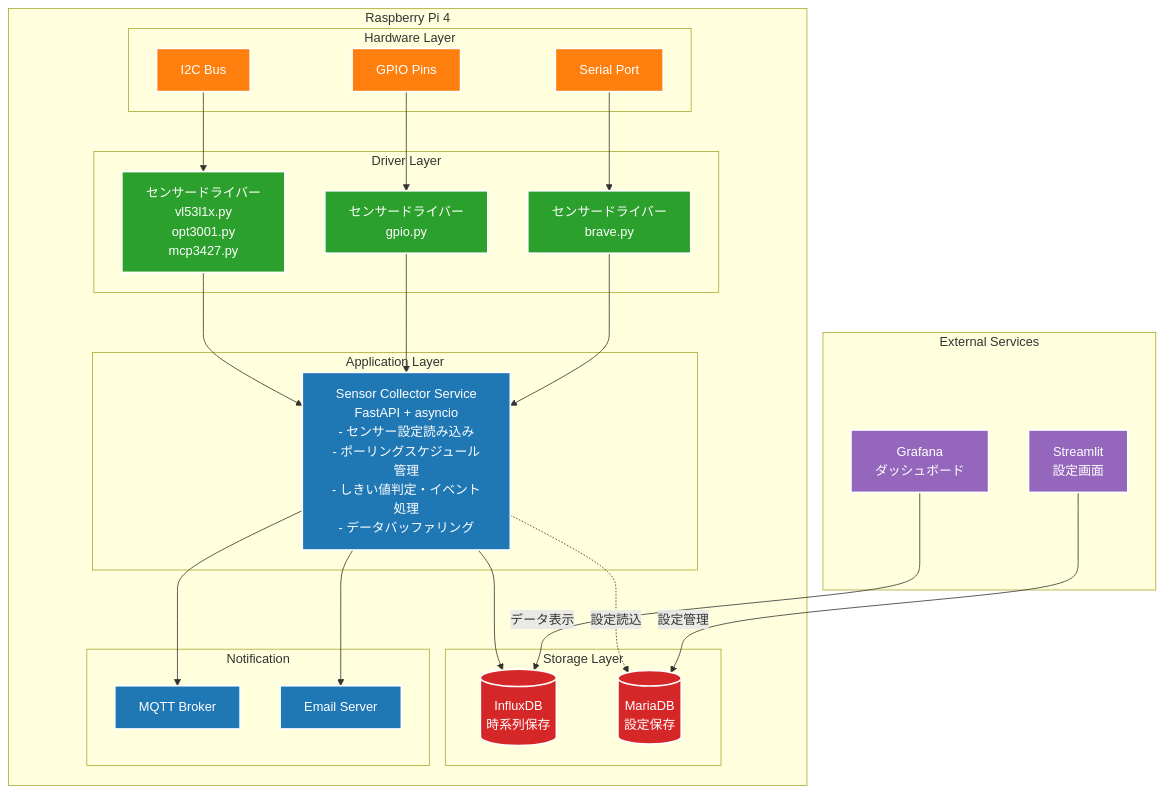
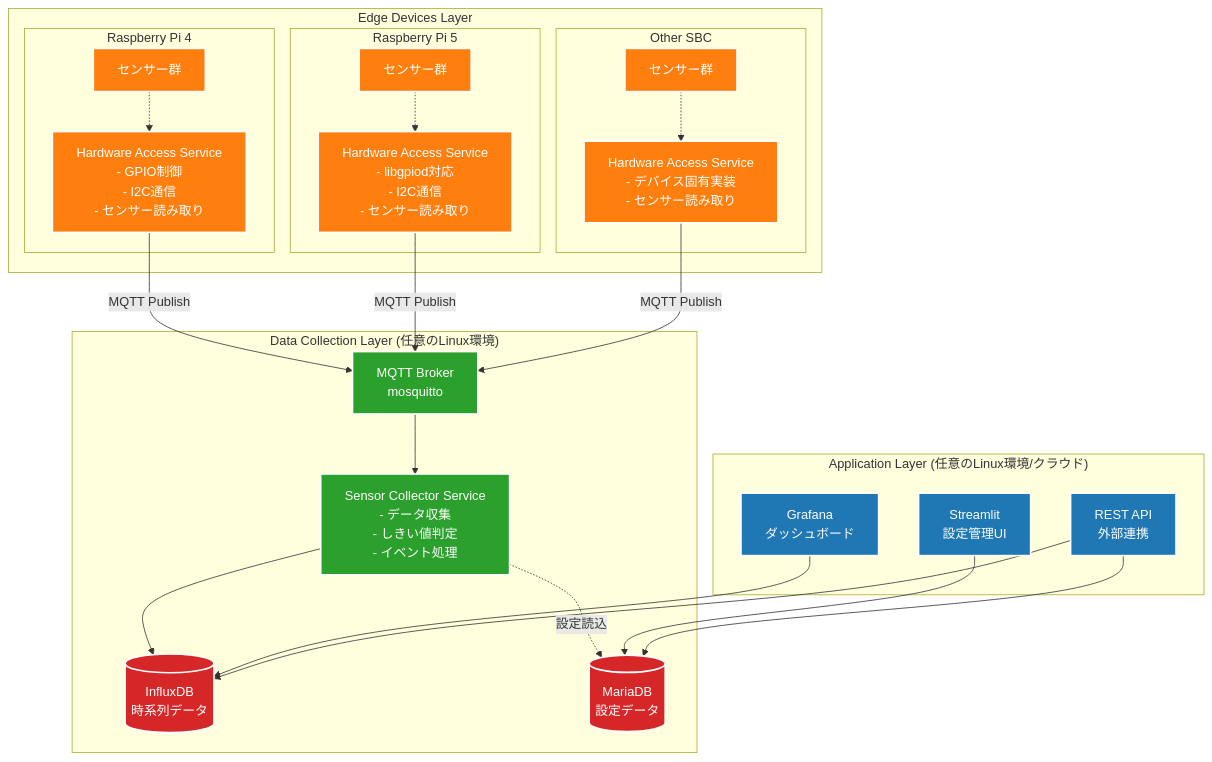
Before and after one commit to w-pinkietech/iot4-copy: the first of 4 diagrams in docs/architecture/sensor-collection-architecture.md, drawn with Mermaid. The commit also changed other lines of this file, not shown here.

First line of the commit message:
docs: Transform to distributed IoT architecture design

````diff
--- a/docs/architecture/sensor-collection-architecture.md
+++ b/docs/architecture/sensor-collection-architecture.md
@@ -23,68 +27,64 @@
 ```mermaid
 graph TB
-    subgraph "Raspberry Pi 4"
-        subgraph "Hardware Layer"
-            I2C[I2C Bus]
-            GPIO[GPIO Pins]
-            Serial[Serial Port]
+    subgraph "Edge Devices Layer"
+        subgraph "Raspberry Pi 4"
+            RPi4HAL[Hardware Access Service<br/>- GPIO制御<br/>- I2C通信<br/>- センサー読み取り]
+            RPi4Sensors[センサー群]
         end
         
-        subgraph "Driver Layer"
-            I2CDriver[センサードライバー<br/>vl53l1x.py<br/>opt3001.py<br/>mcp3427.py]
-            GPIODriver[センサードライバー<br/>gpio.py]
-            SerialDriver[センサードライバー<br/>brave.py]
+        subgraph "Raspberry Pi 5"
+            RPi5HAL[Hardware Access Service<br/>- libgpiod対応<br/>- I2C通信<br/>- センサー読み取り]
+            RPi5Sensors[センサー群]
         end
         
-        subgraph "Application Layer"
-            Collector[Sensor Collector Service<br/>FastAPI + asyncio<br/>- センサー設定読み込み<br/>- ポーリングスケジュール管理<br/>- しきい値判定・イベント処理<br/>- データバッファリング]
-        end
-        
-        subgraph "Storage Layer"
-            InfluxDB[(InfluxDB<br/>時系列保存)]
-            MariaDB[(MariaDB<br/>設定保存)]
-        end
-        
-        subgraph "Notification"
-            MQTT[MQTT Broker]
-            Email[Email Server]
+        subgraph "Other SBC"
+            OtherHAL[Hardware Access Service<br/>- デバイス固有実装<br/>- センサー読み取り]
+            OtherSensors[センサー群]
         end
     end
     
-    subgraph "External Services"
-        Streamlit[Streamlit<br/>設定画面]
-        Grafana[Grafana<br/>ダッシュボード]
+    subgraph "Data Collection Layer (任意のLinux環境)"
+        MQTT[MQTT Broker<br/>mosquitto]
+        Collector[Sensor Collector Service<br/>- データ収集<br/>- しきい値判定<br/>- イベント処理]
+        InfluxDB[(InfluxDB<br/>時系列データ)]
+        MariaDB[(MariaDB<br/>設定データ)]
     end
     
-    %% Hardware to Driver connections
-    I2C --> I2CDriver
-    GPIO --> GPIODriver
-    Serial --> SerialDriver
+    subgraph "Application Layer (任意のLinux環境/クラウド)"
+        Streamlit[Streamlit<br/>設定管理UI]
+        Grafana[Grafana<br/>ダッシュボード]
+        API[REST API<br/>外部連携]
+    end
     
-    %% Driver to Collector connections
-    I2CDriver --> Collector
-    GPIODriver --> Collector
-    SerialDriver --> Collector
+    %% Edge to Collection connections
+    RPi4HAL -->|MQTT Publish| MQTT
+    RPi5HAL -->|MQTT Publish| MQTT
+    OtherHAL -->|MQTT Publish| MQTT
     
-    %% Collector to Storage/Notification
+    %% Collection Layer connections
+    MQTT --> Collector
     Collector --> InfluxDB
-    Collector --> MQTT
-    Collector --> Email
     Collector -.->|設定読込| MariaDB
     
-    %% External Service connections
-    Streamlit -->|設定管理| MariaDB
-    Grafana -->|データ表示| InfluxDB
+    %% Application Layer connections
+    Streamlit --> MariaDB
+    Grafana --> InfluxDB
+    API --> InfluxDB
+    API --> MariaDB
+    
+    %% Hardware connections
+    RPi4Sensors -.-> RPi4HAL
+    RPi5Sensors -.-> RPi5HAL
+    OtherSensors -.-> OtherHAL
     
     %% Styling
-    classDef hardware fill:#ff7f0e,stroke:#fff,stroke-width:2px,color:#fff
-    classDef driver fill:#2ca02c,stroke:#fff,stroke-width:2px,color:#fff
-    classDef service fill:#1f77b4,stroke:#fff,stroke-width:2px,color:#fff
+    classDef edge fill:#ff7f0e,stroke:#fff,stroke-width:2px,color:#fff
+    classDef collection fill:#2ca02c,stroke:#fff,stroke-width:2px,color:#fff
+    classDef application fill:#1f77b4,stroke:#fff,stroke-width:2px,color:#fff
     classDef storage fill:#d62728,stroke:#fff,stroke-width:2px,color:#fff
-    classDef external fill:#9467bd,stroke:#fff,stroke-width:2px,color:#fff
     
-    class I2C,GPIO,Serial hardware
-    class I2CDriver,GPIODriver,SerialDriver driver
-    class Collector,MQTT,Email service
+    class RPi4HAL,RPi5HAL,OtherHAL,RPi4Sensors,RPi5Sensors,OtherSensors edge
+    class MQTT,Collector collection
+    class Streamlit,Grafana,API application
     class InfluxDB,MariaDB storage
-    class Streamlit,Grafana external
 ```
````
